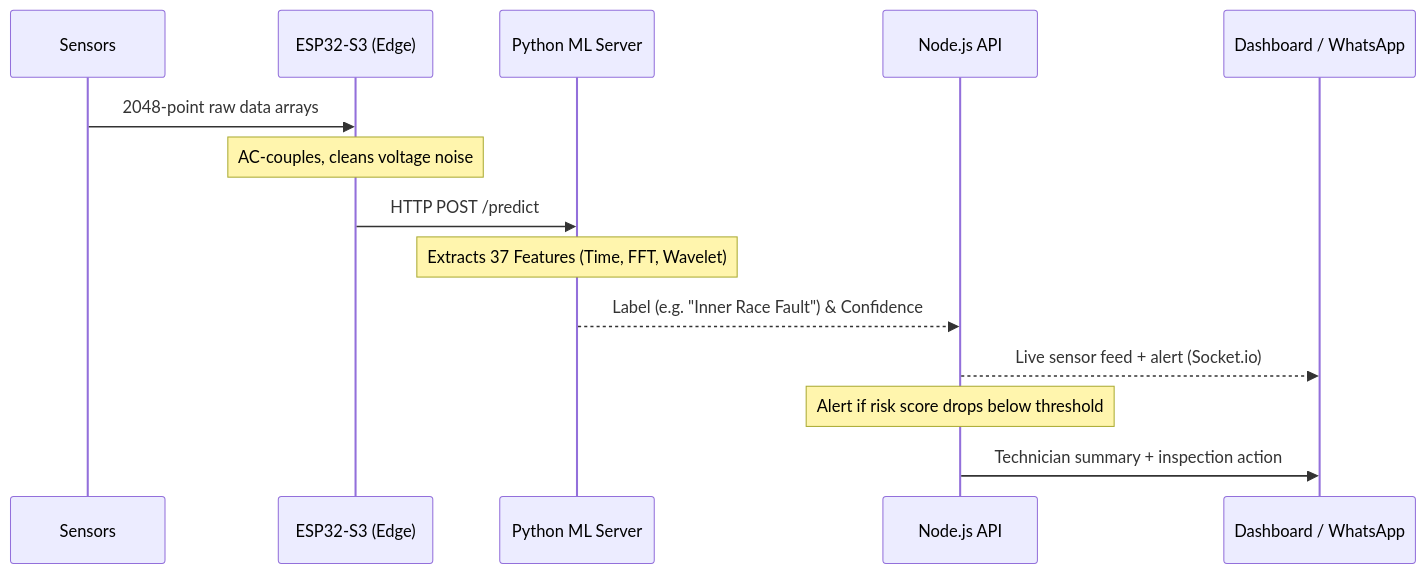
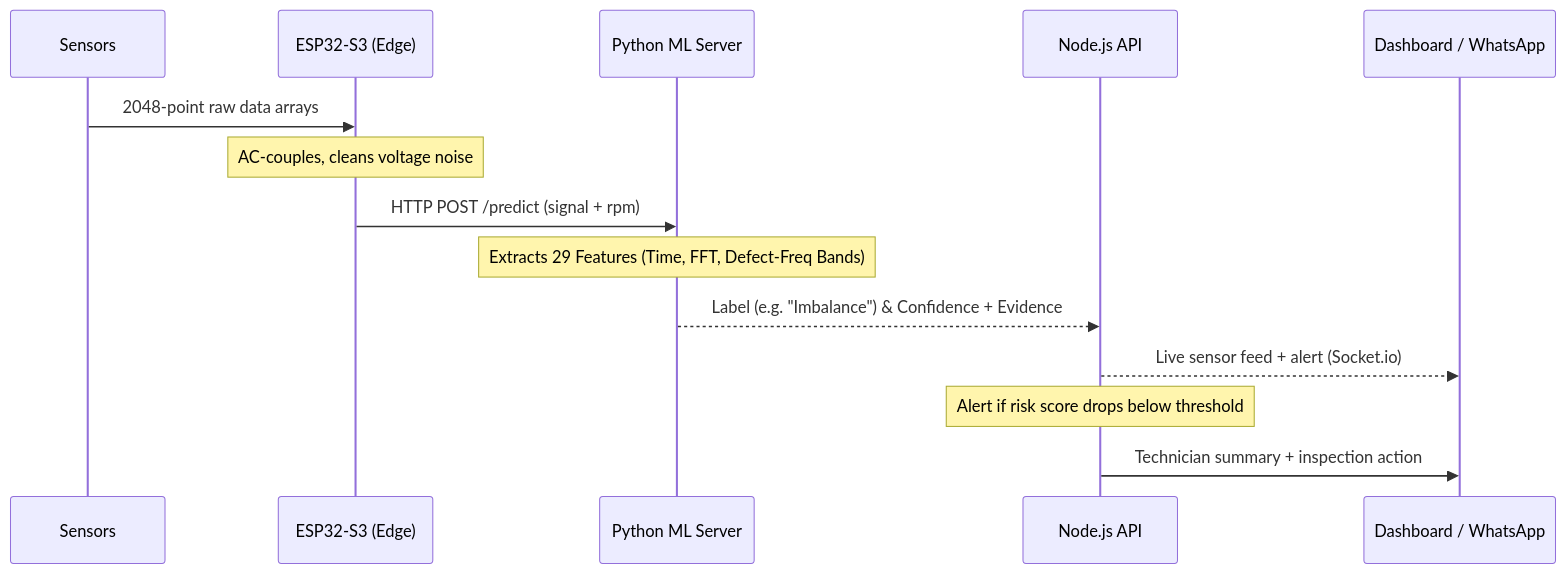
Before and after one commit to Vaishnav-Hub9/hackathon-vibration-monitor: the second of 2 diagrams in README.md, drawn with Mermaid. The commit also changed other lines of this file and 21 other files, not shown here.

First line of the commit message:
feat: full PS-08 coverage — 6 fault classes, defect-frequency overlays, alert evidence packs

````diff
--- a/README.md
+++ b/README.md
@@ -80,17 +81,17 @@
 ```mermaid
 sequenceDiagram
     participant S as Sensors
     participant E as ESP32-S3 (Edge)
     participant M as Python ML Server
     participant A as Node.js API
     participant W as Dashboard / WhatsApp
 
     S->>E: 2048-point raw data arrays
     Note over E: AC-couples, cleans voltage noise
-    E->>M: HTTP POST /predict
-    Note over M: Extracts 37 Features (Time, FFT, Wavelet)
-    M-->>A: Label (e.g. "Inner Race Fault") & Confidence
+    E->>M: HTTP POST /predict (signal + rpm)
+    Note over M: Extracts 29 Features (Time, FFT, Defect-Freq Bands)
+    M-->>A: Label (e.g. "Imbalance") & Confidence + Evidence
     A-->>W: Live sensor feed + alert (Socket.io)
     Note over A: Alert if risk score drops below threshold
     A->>W: Technician summary + inspection action
 ```
````
